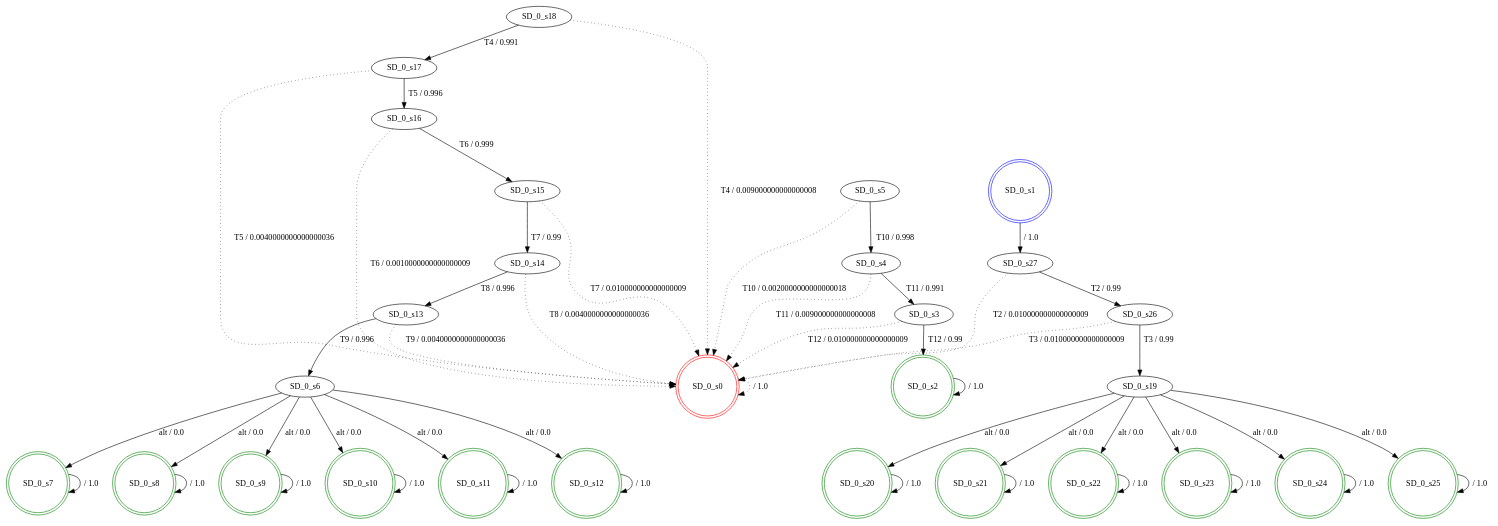
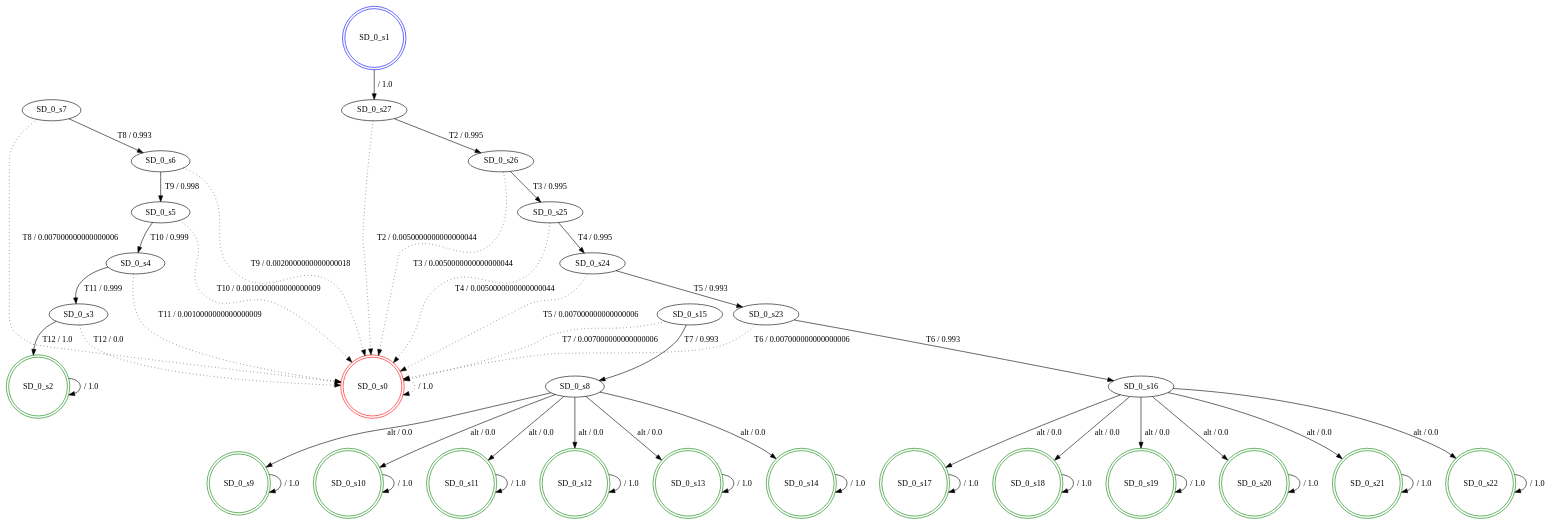
One commit to SPLMC/spl-generator changed the diagram in src/results_joao/3/fdtmc_SD_0.dot. Above: the diagram before and after it, drawn with Graphviz. The commit also changed 20 other files, not shown here.

```diff
--- a/src/results_joao/3/fdtmc_SD_0.dot
+++ b/src/results_joao/3/fdtmc_SD_0.dot
@@ -1,79 +1,79 @@
 digraph graphname {
 SD_0_s0 [label="SD_0_s0",color=red,shape=doublecircle ];
 SD_0_s1 [label="SD_0_s1",color=blue,shape=doublecircle ];
 SD_0_s2 [label="SD_0_s2",color=green,shape=doublecircle ];
 SD_0_s3 [label="SD_0_s3" ];
 SD_0_s4 [label="SD_0_s4" ];
 SD_0_s5 [label="SD_0_s5" ];
 SD_0_s6 [label="SD_0_s6" ];
-SD_0_s7 [label="SD_0_s7",color=green,shape=doublecircle ];
-SD_0_s8 [label="SD_0_s8",color=green,shape=doublecircle ];
+SD_0_s7 [label="SD_0_s7" ];
+SD_0_s8 [label="SD_0_s8" ];
 SD_0_s9 [label="SD_0_s9",color=green,shape=doublecircle ];
 SD_0_s10 [label="SD_0_s10",color=green,shape=doublecircle ];
 SD_0_s11 [label="SD_0_s11",color=green,shape=doublecircle ];
 SD_0_s12 [label="SD_0_s12",color=green,shape=doublecircle ];
-SD_0_s13 [label="SD_0_s13" ];
-SD_0_s14 [label="SD_0_s14" ];
+SD_0_s13 [label="SD_0_s13",color=green,shape=doublecircle ];
+SD_0_s14 [label="SD_0_s14",color=green,shape=doublecircle ];
 SD_0_s15 [label="SD_0_s15" ];
 SD_0_s16 [label="SD_0_s16" ];
-SD_0_s17 [label="SD_0_s17" ];
-SD_0_s18 [label="SD_0_s18" ];
-SD_0_s19 [label="SD_0_s19" ];
+SD_0_s17 [label="SD_0_s17",color=green,shape=doublecircle ];
+SD_0_s18 [label="SD_0_s18",color=green,shape=doublecircle ];
+SD_0_s19 [label="SD_0_s19",color=green,shape=doublecircle ];
 SD_0_s20 [label="SD_0_s20",color=green,shape=doublecircle ];
 SD_0_s21 [label="SD_0_s21",color=green,shape=doublecircle ];
 SD_0_s22 [label="SD_0_s22",color=green,shape=doublecircle ];
-SD_0_s23 [label="SD_0_s23",color=green,shape=doublecircle ];
-SD_0_s24 [label="SD_0_s24",color=green,shape=doublecircle ];
-SD_0_s25 [label="SD_0_s25",color=green,shape=doublecircle ];
+SD_0_s23 [label="SD_0_s23" ];
+SD_0_s24 [label="SD_0_s24" ];
+SD_0_s25 [label="SD_0_s25" ];
 SD_0_s26 [label="SD_0_s26" ];
 SD_0_s27 [label="SD_0_s27" ];
 SD_0_s0 -> SD_0_s0 [label=" / 1.0", style=dotted];
 SD_0_s1 -> SD_0_s27 [label=" / 1.0"];
 SD_0_s2 -> SD_0_s2 [label=" / 1.0"];
-SD_0_s3 -> SD_0_s2 [label="T12 / 0.99"];
-SD_0_s3 -> SD_0_s0 [label="T12 / 0.010000000000000009", style=dotted];
-SD_0_s4 -> SD_0_s3 [label="T11 / 0.991"];
-SD_0_s4 -> SD_0_s0 [label="T11 / 0.009000000000000008", style=dotted];
-SD_0_s5 -> SD_0_s4 [label="T10 / 0.998"];
-SD_0_s5 -> SD_0_s0 [label="T10 / 0.0020000000000000018", style=dotted];
-SD_0_s6 -> SD_0_s7 [label="alt / 0.0"];
-SD_0_s6 -> SD_0_s8 [label="alt / 0.0"];
-SD_0_s6 -> SD_0_s9 [label="alt / 0.0"];
-SD_0_s6 -> SD_0_s10 [label="alt / 0.0"];
-SD_0_s6 -> SD_0_s11 [label="alt / 0.0"];
-SD_0_s6 -> SD_0_s12 [label="alt / 0.0"];
-SD_0_s7 -> SD_0_s7 [label=" / 1.0"];
-SD_0_s8 -> SD_0_s8 [label=" / 1.0"];
+SD_0_s3 -> SD_0_s2 [label="T12 / 1.0"];
+SD_0_s3 -> SD_0_s0 [label="T12 / 0.0", style=dotted];
+SD_0_s4 -> SD_0_s3 [label="T11 / 0.999"];
+SD_0_s4 -> SD_0_s0 [label="T11 / 0.0010000000000000009", style=dotted];
+SD_0_s5 -> SD_0_s4 [label="T10 / 0.999"];
+SD_0_s5 -> SD_0_s0 [label="T10 / 0.0010000000000000009", style=dotted];
+SD_0_s6 -> SD_0_s5 [label="T9 / 0.998"];
+SD_0_s6 -> SD_0_s0 [label="T9 / 0.0020000000000000018", style=dotted];
+SD_0_s7 -> SD_0_s6 [label="T8 / 0.993"];
+SD_0_s7 -> SD_0_s0 [label="T8 / 0.007000000000000006", style=dotted];
+SD_0_s8 -> SD_0_s9 [label="alt / 0.0"];
+SD_0_s8 -> SD_0_s10 [label="alt / 0.0"];
+SD_0_s8 -> SD_0_s11 [label="alt / 0.0"];
+SD_0_s8 -> SD_0_s12 [label="alt / 0.0"];
+SD_0_s8 -> SD_0_s13 [label="alt / 0.0"];
+SD_0_s8 -> SD_0_s14 [label="alt / 0.0"];
 SD_0_s9 -> SD_0_s9 [label=" / 1.0"];
 SD_0_s10 -> SD_0_s10 [label=" / 1.0"];
 SD_0_s11 -> SD_0_s11 [label=" / 1.0"];
 SD_0_s12 -> SD_0_s12 [label=" / 1.0"];
-SD_0_s13 -> SD_0_s6 [label="T9 / 0.996"];
-SD_0_s13 -> SD_0_s0 [label="T9 / 0.0040000000000000036", style=dotted];
-SD_0_s14 -> SD_0_s13 [label="T8 / 0.996"];
-SD_0_s14 -> SD_0_s0 [label="T8 / 0.0040000000000000036", style=dotted];
-SD_0_s15 -> SD_0_s14 [label="T7 / 0.99"];
-SD_0_s15 -> SD_0_s0 [label="T7 / 0.010000000000000009", style=dotted];
-SD_0_s16 -> SD_0_s15 [label="T6 / 0.999"];
-SD_0_s16 -> SD_0_s0 [label="T6 / 0.0010000000000000009", style=dotted];
-SD_0_s17 -> SD_0_s16 [label="T5 / 0.996"];
-SD_0_s17 -> SD_0_s0 [label="T5 / 0.0040000000000000036", style=dotted];
-SD_0_s18 -> SD_0_s17 [label="T4 / 0.991"];
-SD_0_s18 -> SD_0_s0 [label="T4 / 0.009000000000000008", style=dotted];
-SD_0_s19 -> SD_0_s20 [label="alt / 0.0"];
-SD_0_s19 -> SD_0_s21 [label="alt / 0.0"];
-SD_0_s19 -> SD_0_s22 [label="alt / 0.0"];
-SD_0_s19 -> SD_0_s23 [label="alt / 0.0"];
-SD_0_s19 -> SD_0_s24 [label="alt / 0.0"];
-SD_0_s19 -> SD_0_s25 [label="alt / 0.0"];
+SD_0_s13 -> SD_0_s13 [label=" / 1.0"];
+SD_0_s14 -> SD_0_s14 [label=" / 1.0"];
+SD_0_s15 -> SD_0_s8 [label="T7 / 0.993"];
+SD_0_s15 -> SD_0_s0 [label="T7 / 0.007000000000000006", style=dotted];
+SD_0_s16 -> SD_0_s17 [label="alt / 0.0"];
+SD_0_s16 -> SD_0_s18 [label="alt / 0.0"];
+SD_0_s16 -> SD_0_s19 [label="alt / 0.0"];
+SD_0_s16 -> SD_0_s20 [label="alt / 0.0"];
+SD_0_s16 -> SD_0_s21 [label="alt / 0.0"];
+SD_0_s16 -> SD_0_s22 [label="alt / 0.0"];
+SD_0_s17 -> SD_0_s17 [label=" / 1.0"];
+SD_0_s18 -> SD_0_s18 [label=" / 1.0"];
+SD_0_s19 -> SD_0_s19 [label=" / 1.0"];
 SD_0_s20 -> SD_0_s20 [label=" / 1.0"];
 SD_0_s21 -> SD_0_s21 [label=" / 1.0"];
 SD_0_s22 -> SD_0_s22 [label=" / 1.0"];
-SD_0_s23 -> SD_0_s23 [label=" / 1.0"];
-SD_0_s24 -> SD_0_s24 [label=" / 1.0"];
-SD_0_s25 -> SD_0_s25 [label=" / 1.0"];
-SD_0_s26 -> SD_0_s19 [label="T3 / 0.99"];
-SD_0_s26 -> SD_0_s0 [label="T3 / 0.010000000000000009", style=dotted];
-SD_0_s27 -> SD_0_s26 [label="T2 / 0.99"];
-SD_0_s27 -> SD_0_s0 [label="T2 / 0.010000000000000009", style=dotted];
+SD_0_s23 -> SD_0_s16 [label="T6 / 0.993"];
+SD_0_s23 -> SD_0_s0 [label="T6 / 0.007000000000000006", style=dotted];
+SD_0_s24 -> SD_0_s23 [label="T5 / 0.993"];
+SD_0_s24 -> SD_0_s0 [label="T5 / 0.007000000000000006", style=dotted];
+SD_0_s25 -> SD_0_s24 [label="T4 / 0.995"];
+SD_0_s25 -> SD_0_s0 [label="T4 / 0.0050000000000000044", style=dotted];
+SD_0_s26 -> SD_0_s25 [label="T3 / 0.995"];
+SD_0_s26 -> SD_0_s0 [label="T3 / 0.0050000000000000044", style=dotted];
+SD_0_s27 -> SD_0_s26 [label="T2 / 0.995"];
+SD_0_s27 -> SD_0_s0 [label="T2 / 0.0050000000000000044", style=dotted];
 }
```
